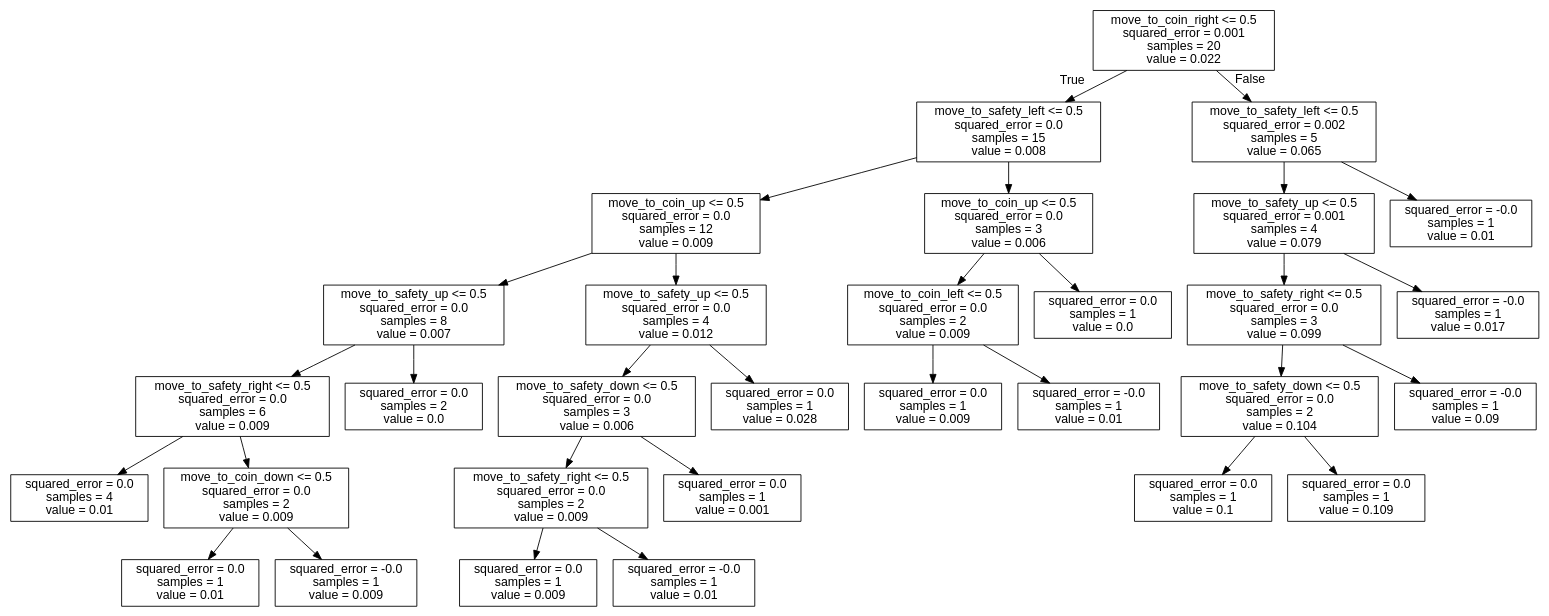
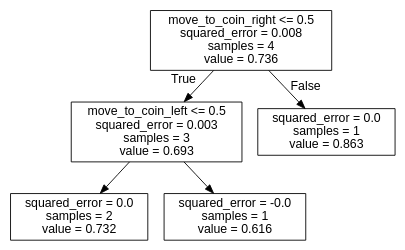
One commit to J-Gann/FML changed the diagram in bomberman_rl/agent_code/my_agent/trees/RIGHT.dot. Above: the diagram before and after it, drawn with Graphviz. The commit also changed 10 other files, not shown here.

```diff
--- a/bomberman_rl/agent_code/my_agent/trees/RIGHT.dot
+++ b/bomberman_rl/agent_code/my_agent/trees/RIGHT.dot
@@ -1,65 +1,13 @@
 digraph Tree {
 node [shape=box, fontname="helvetica"] ;
 edge [fontname="helvetica"] ;
-0 [label="move_to_coin_right <= 0.5\nsquared_error = 0.001\nsamples = 20\nvalue = 0.022"] ;
-1 [label="move_to_safety_left <= 0.5\nsquared_error = 0.0\nsamples = 15\nvalue = 0.008"] ;
+0 [label="move_to_coin_right <= 0.5\nsquared_error = 0.008\nsamples = 4\nvalue = 0.736"] ;
+1 [label="move_to_coin_left <= 0.5\nsquared_error = 0.003\nsamples = 3\nvalue = 0.693"] ;
 0 -> 1 [labeldistance=2.5, labelangle=45, headlabel="True"] ;
-2 [label="move_to_coin_up <= 0.5\nsquared_error = 0.0\nsamples = 12\nvalue = 0.009"] ;
+2 [label="squared_error = 0.0\nsamples = 2\nvalue = 0.732"] ;
 1 -> 2 ;
-3 [label="move_to_safety_up <= 0.5\nsquared_error = 0.0\nsamples = 8\nvalue = 0.007"] ;
-2 -> 3 ;
-4 [label="move_to_safety_right <= 0.5\nsquared_error = 0.0\nsamples = 6\nvalue = 0.009"] ;
-3 -> 4 ;
-5 [label="squared_error = 0.0\nsamples = 4\nvalue = 0.01"] ;
-4 -> 5 ;
-6 [label="move_to_coin_down <= 0.5\nsquared_error = 0.0\nsamples = 2\nvalue = 0.009"] ;
-4 -> 6 ;
-7 [label="squared_error = 0.0\nsamples = 1\nvalue = 0.01"] ;
-6 -> 7 ;
-8 [label="squared_error = -0.0\nsamples = 1\nvalue = 0.009"] ;
-6 -> 8 ;
-9 [label="squared_error = 0.0\nsamples = 2\nvalue = 0.0"] ;
-3 -> 9 ;
-10 [label="move_to_safety_up <= 0.5\nsquared_error = 0.0\nsamples = 4\nvalue = 0.012"] ;
-2 -> 10 ;
-11 [label="move_to_safety_down <= 0.5\nsquared_error = 0.0\nsamples = 3\nvalue = 0.006"] ;
-10 -> 11 ;
-12 [label="move_to_safety_right <= 0.5\nsquared_error = 0.0\nsamples = 2\nvalue = 0.009"] ;
-11 -> 12 ;
-13 [label="squared_error = 0.0\nsamples = 1\nvalue = 0.009"] ;
-12 -> 13 ;
-14 [label="squared_error = -0.0\nsamples = 1\nvalue = 0.01"] ;
-12 -> 14 ;
-15 [label="squared_error = 0.0\nsamples = 1\nvalue = 0.001"] ;
-11 -> 15 ;
-16 [label="squared_error = 0.0\nsamples = 1\nvalue = 0.028"] ;
-10 -> 16 ;
-17 [label="move_to_coin_up <= 0.5\nsquared_error = 0.0\nsamples = 3\nvalue = 0.006"] ;
-1 -> 17 ;
-18 [label="move_to_coin_left <= 0.5\nsquared_error = 0.0\nsamples = 2\nvalue = 0.009"] ;
-17 -> 18 ;
-19 [label="squared_error = 0.0\nsamples = 1\nvalue = 0.009"] ;
-18 -> 19 ;
-20 [label="squared_error = -0.0\nsamples = 1\nvalue = 0.01"] ;
-18 -> 20 ;
-21 [label="squared_error = 0.0\nsamples = 1\nvalue = 0.0"] ;
-17 -> 21 ;
-22 [label="move_to_safety_left <= 0.5\nsquared_error = 0.002\nsamples = 5\nvalue = 0.065"] ;
-0 -> 22 [labeldistance=2.5, labelangle=-45, headlabel="False"] ;
-23 [label="move_to_safety_up <= 0.5\nsquared_error = 0.001\nsamples = 4\nvalue = 0.079"] ;
-22 -> 23 ;
-24 [label="move_to_safety_right <= 0.5\nsquared_error = 0.0\nsamples = 3\nvalue = 0.099"] ;
-23 -> 24 ;
-25 [label="move_to_safety_down <= 0.5\nsquared_error = 0.0\nsamples = 2\nvalue = 0.104"] ;
-24 -> 25 ;
-26 [label="squared_error = 0.0\nsamples = 1\nvalue = 0.1"] ;
-25 -> 26 ;
-27 [label="squared_error = 0.0\nsamples = 1\nvalue = 0.109"] ;
-25 -> 27 ;
-28 [label="squared_error = -0.0\nsamples = 1\nvalue = 0.09"] ;
-24 -> 28 ;
-29 [label="squared_error = -0.0\nsamples = 1\nvalue = 0.017"] ;
-23 -> 29 ;
-30 [label="squared_error = -0.0\nsamples = 1\nvalue = 0.01"] ;
-22 -> 30 ;
+3 [label="squared_error = -0.0\nsamples = 1\nvalue = 0.616"] ;
+1 -> 3 ;
+4 [label="squared_error = 0.0\nsamples = 1\nvalue = 0.863"] ;
+0 -> 4 [labeldistance=2.5, labelangle=-45, headlabel="False"] ;
 }
```
